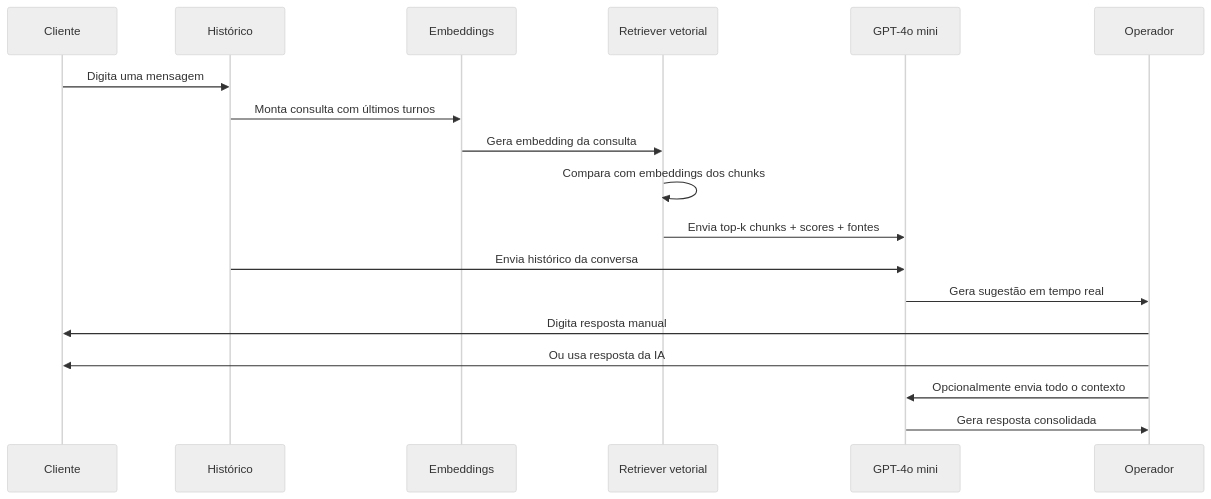
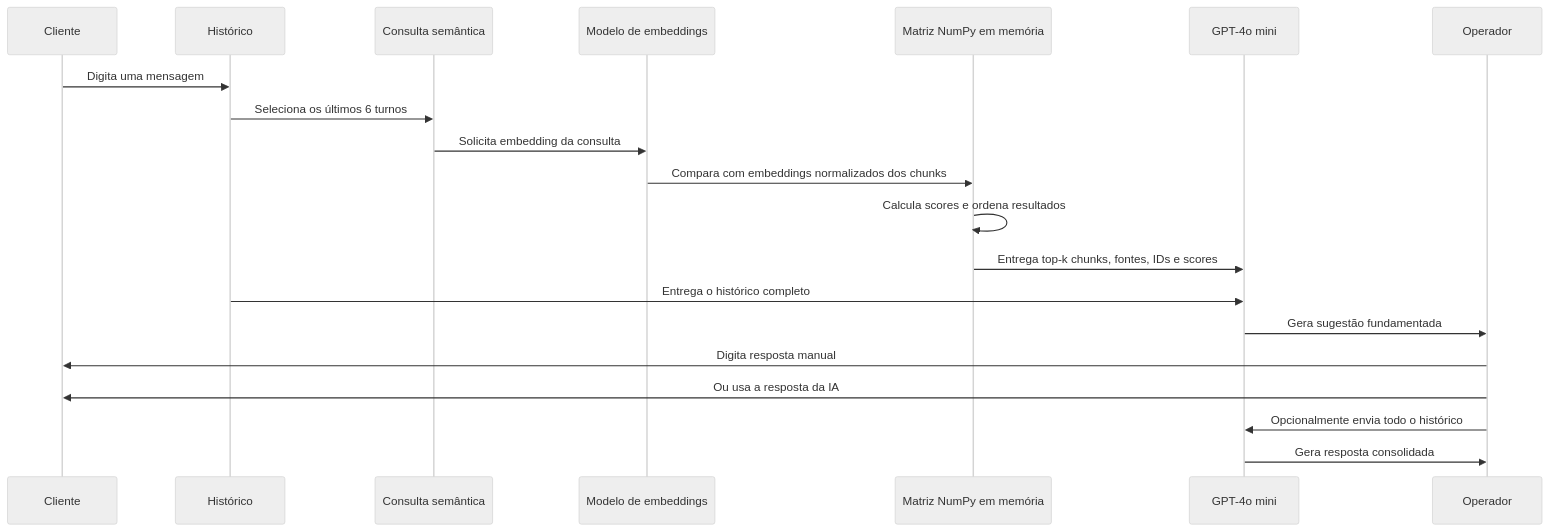
The first of 2 diagrams in README.md (eduardo-data/copiloto_assistente), drawn with Mermaid (neutral theme) before and after one commit. The commit also changed other lines of this file, not shown here.

Commit message:
docs: detalha arquitetura RAG, chunking, embeddings e armazenamento

````diff
--- a/README.md
+++ b/README.md
@@ -19,21 +128,23 @@
 ```mermaid
 sequenceDiagram
     participant C as Cliente
     participant H as Histórico
-    participant E as Embeddings
-    participant R as Retriever vetorial
+    participant Q as Consulta semântica
+    participant E as Modelo de embeddings
+    participant M as Matriz NumPy em memória
     participant G as GPT-4o mini
     participant O as Operador
 
     C->>H: Digita uma mensagem
-    H->>E: Monta consulta com últimos turnos
-    E->>R: Gera embedding da consulta
-    R->>R: Compara com embeddings dos chunks
-    R->>G: Envia top-k chunks + scores + fontes
-    H->>G: Envia histórico da conversa
-    G->>O: Gera sugestão em tempo real
+    H->>Q: Seleciona os últimos 6 turnos
+    Q->>E: Solicita embedding da consulta
+    E->>M: Compara com embeddings normalizados dos chunks
+    M->>M: Calcula scores e ordena resultados
+    M->>G: Entrega top-k chunks, fontes, IDs e scores
+    H->>G: Entrega o histórico completo
+    G->>O: Gera sugestão fundamentada
     O->>C: Digita resposta manual
-    O->>C: Ou usa resposta da IA
-    O->>G: Opcionalmente envia todo o contexto
+    O->>C: Ou usa a resposta da IA
+    O->>G: Opcionalmente envia todo o histórico
     G->>O: Gera resposta consolidada
 ```
````
